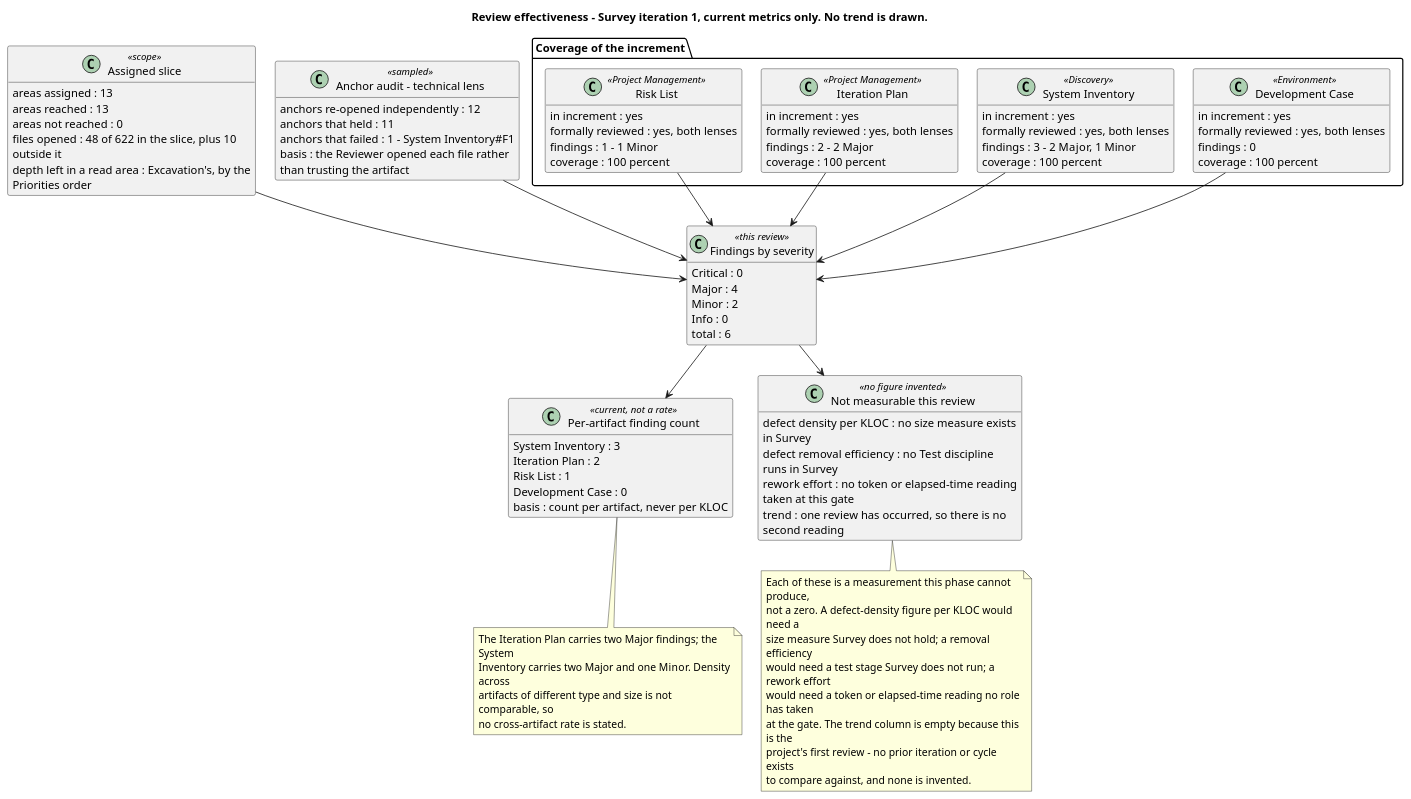
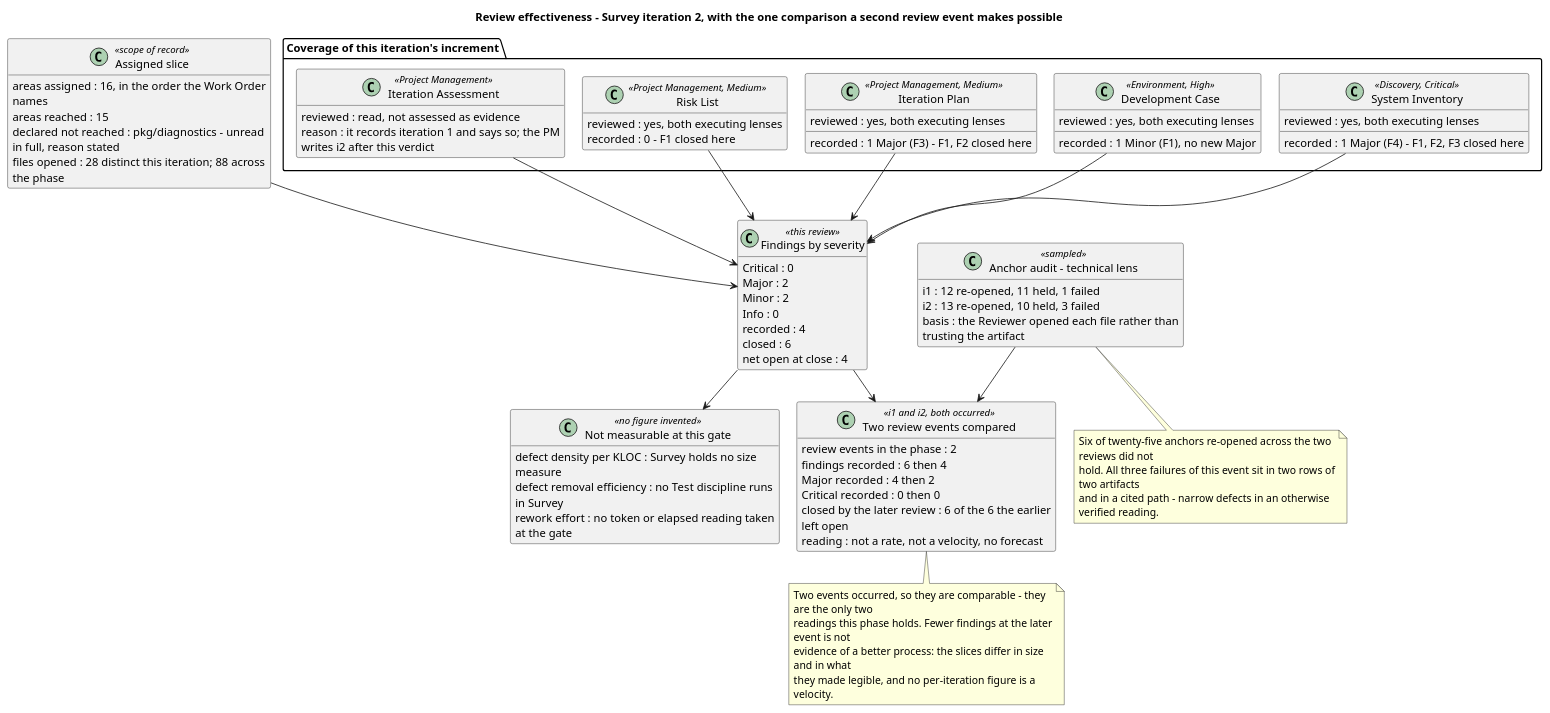
Diagram 11 of 12 in docs/artifacts/project-management/review-record.md (banense-test/dapr), drawn with PlantUML before and after one commit. The commit also changed other lines of this file, not shown here.

First line of the commit message:
Review Coordinator [Survey2]: upsert Review Record

````diff
--- a/docs/artifacts/project-management/review-record.md
+++ b/docs/artifacts/project-management/review-record.md
@@ -1168,101 +1174,93 @@
 ```plantuml
 @startuml
-title Review effectiveness - Survey iteration 1, current metrics only. No trend is drawn.
+title Review effectiveness - Survey iteration 2, with the one comparison a second review event makes possible
 hide empty members
 skinparam classAttributeIconSize 0
-skinparam wrapWidth 320
-skinparam nodesep 24
-skinparam ranksep 38
+skinparam wrapWidth 330
+skinparam ranksep 40
+skinparam nodesep 22
 
-package "Coverage of the increment" {
-  class "Development Case" as DC <<Environment>> {
-    in increment : yes
-    formally reviewed : yes, both lenses
-    findings : 0
-    coverage : 100 percent
+package "Coverage of this iteration's increment" {
+  class "System Inventory" as SI <<Discovery, Critical>> {
+    reviewed : yes, both executing lenses
+    recorded : 1 Major (F4) - F1, F2, F3 closed here
   }
-  class "System Inventory" as SI <<Discovery>> {
-    in increment : yes
-    formally reviewed : yes, both lenses
-    findings : 3 - 2 Major, 1 Minor
-    coverage : 100 percent
+  class "Development Case" as DC <<Environment, High>> {
+    reviewed : yes, both executing lenses
+    recorded : 1 Minor (F1), no new Major
   }
-  class "Iteration Plan" as IP <<Project Management>> {
-    in increment : yes
-    formally reviewed : yes, both lenses
-    findings : 2 - 2 Major
-    coverage : 100 percent
+  class "Iteration Plan" as IP <<Project Management, Medium>> {
+    reviewed : yes, both executing lenses
+    recorded : 1 Major (F3) - F1, F2 closed here
   }
-  class "Risk List" as RL <<Project Management>> {
-    in increment : yes
-    formally reviewed : yes, both lenses
-    findings : 1 - 1 Minor
-    coverage : 100 percent
+  class "Risk List" as RL <<Project Management, Medium>> {
+    reviewed : yes, both executing lenses
+    recorded : 0 - F1 closed here
+  }
+  class "Iteration Assessment" as IA <<Project Management>> {
+    reviewed : read, not assessed as evidence
+    reason : it records iteration 1 and says so; the PM writes i2 after this verdict
   }
 }
 
-class "Assigned slice" as SLICE <<scope>> {
-  areas assigned : 13
-  areas reached : 13
-  areas not reached : 0
-  files opened : 48 of 622 in the slice, plus 10 outside it
-  depth left in a read area : Excavation's, by the Priorities order
+class "Assigned slice" as SLICE <<scope of record>> {
+  areas assigned : 16, in the order the Work Order names
+  areas reached : 15
+  declared not reached : pkg/diagnostics - unread in full, reason stated
+  files opened : 28 distinct this iteration; 88 across the phase
 }
 
 class "Findings by severity" as SEV <<this review>> {
   Critical : 0
-  Major : 4
+  Major : 2
   Minor : 2
   Info : 0
-  total : 6
+  recorded : 4
+  closed : 6
+  net open at close : 4
 }
 
-class "Per-artifact finding count" as DENS <<current, not a rate>> {
-  System Inventory : 3
-  Iteration Plan : 2
-  Risk List : 1
-  Development Case : 0
-  basis : count per artifact, never per KLOC
-}
-
-class "Not measurable this review" as NM <<no figure invented>> {
-  defect density per KLOC : no size measure exists in Survey
-  defect removal efficiency : no Test discipline runs in Survey
-  rework effort : no token or elapsed-time reading taken at this gate
-  trend : one review has occurred, so there is no second reading
+class "Two review events compared" as TREND <<i1 and i2, both occurred>> {
+  review events in the phase : 2
+  findings recorded : 6 then 4
+  Major recorded : 4 then 2
+  Critical recorded : 0 then 0
+  closed by the later review : 6 of the 6 the earlier left open
+  reading : not a rate, not a velocity, no forecast
 }
 
 class "Anchor audit - technical lens" as AUDIT <<sampled>> {
-  anchors re-opened independently : 12
-  anchors that held : 11
-  anchors that failed : 1 - System Inventory#F1
+  i1 : 12 re-opened, 11 held, 1 failed
+  i2 : 13 re-opened, 10 held, 3 failed
   basis : the Reviewer opened each file rather than trusting the artifact
 }
 
+class "Not measurable at this gate" as NM <<no figure invented>> {
+  defect density per KLOC : Survey holds no size measure
+  defect removal efficiency : no Test discipline runs in Survey
+  rework effort : no token or elapsed reading taken at the gate
+}
+
 SLICE --> SEV
+SI --> SEV
 DC --> SEV
-SI --> SEV
 IP --> SEV
 RL --> SEV
-SEV --> DENS
+IA --> SEV
+SEV --> TREND
+AUDIT --> TREND
 SEV --> NM
-AUDIT --> SEV
 
-note bottom of NM
-  Each of these is a measurement this phase cannot produce,
-  not a zero. A defect-density figure per KLOC would need a
-  size measure Survey does not hold; a removal efficiency
-  would need a test stage Survey does not run; a rework effort
-  would need a token or elapsed-time reading no role has taken
-  at the gate. The trend column is empty because this is the
-  project's first review - no prior iteration or cycle exists
-  to compare against, and none is invented.
+note bottom of TREND
+  Two events occurred, so they are comparable - they are the only two
+  readings this phase holds. Fewer findings at the later event is not
+  evidence of a better process: the slices differ in size and in what
+  they made legible, and no per-iteration figure is a velocity.
 end note
-note bottom of DENS
-  The Iteration Plan carries two Major findings; the System
-  Inventory carries two Major and one Minor. Density across
-  artifacts of different type and size is not comparable, so
-  no cross-artifact rate is stated.
+note bottom of AUDIT
+  Six of twenty-five anchors re-opened across the two reviews did not
+  hold. All three failures of this event sit in two rows of two artifacts
+  and in a cited path - narrow defects in an otherwise verified reading.
 end note
 @enduml
 ```
````
